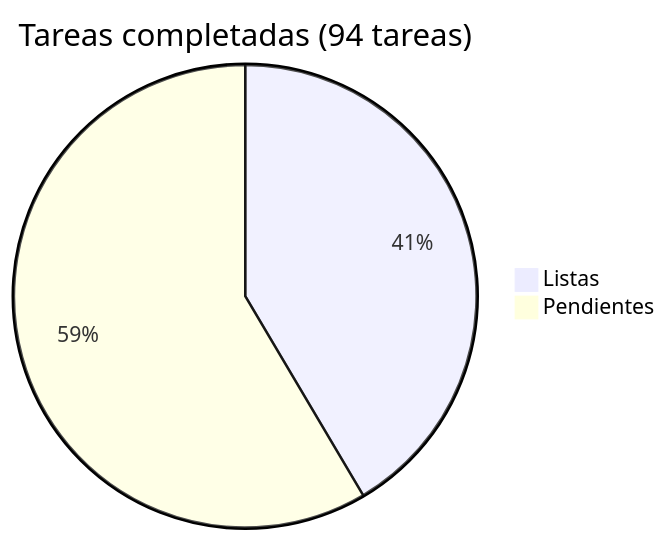
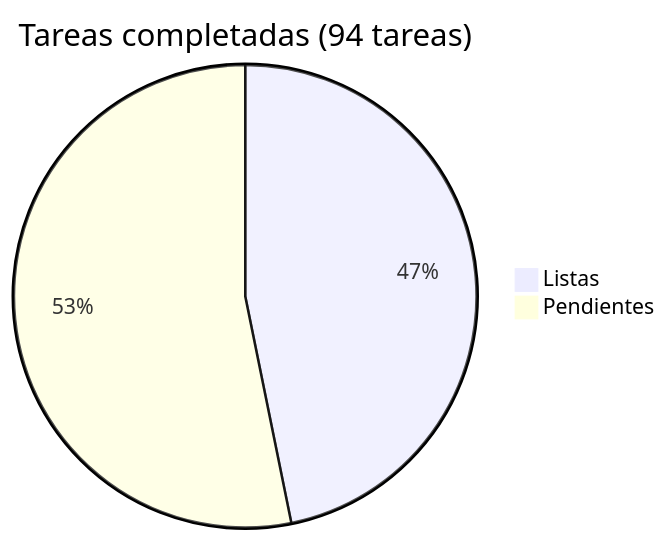
The diagram in docs/roadmap/README.md (adelgadox/centroacopiove), drawn with Mermaid before and after one commit. The commit also changed other lines of this file and 13 other files, not shown here.

````diff
--- a/docs/roadmap/README.md
+++ b/docs/roadmap/README.md
@@ -5,5 +5,5 @@
 ```mermaid
 pie title Tareas completadas (94 tareas)
-    "Listas" : 39
-    "Pendientes" : 55
+    "Listas" : 44
+    "Pendientes" : 50
 ```
````
